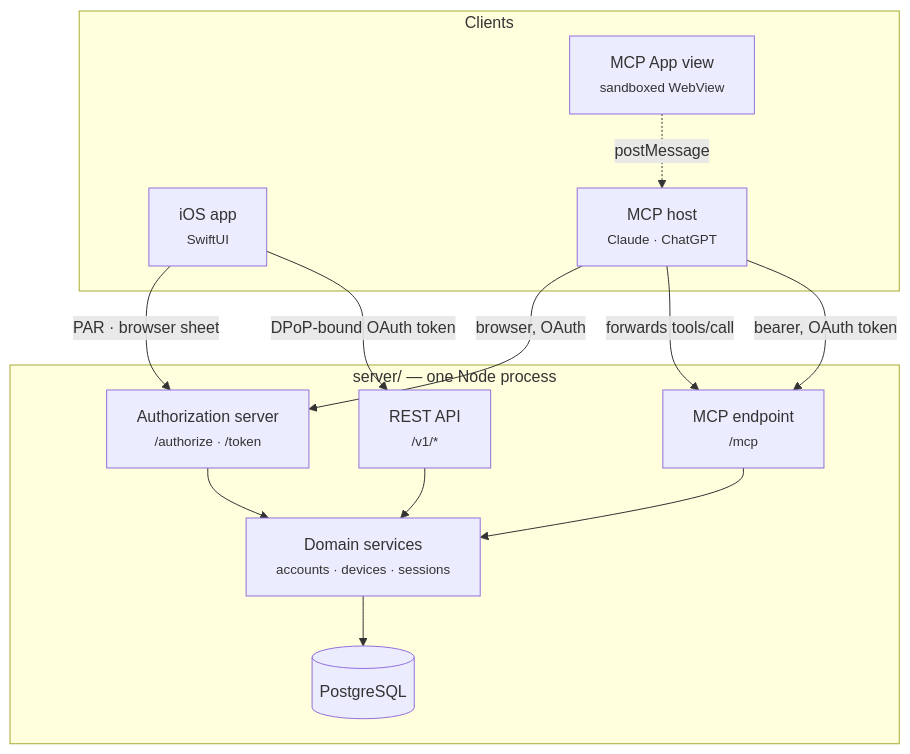
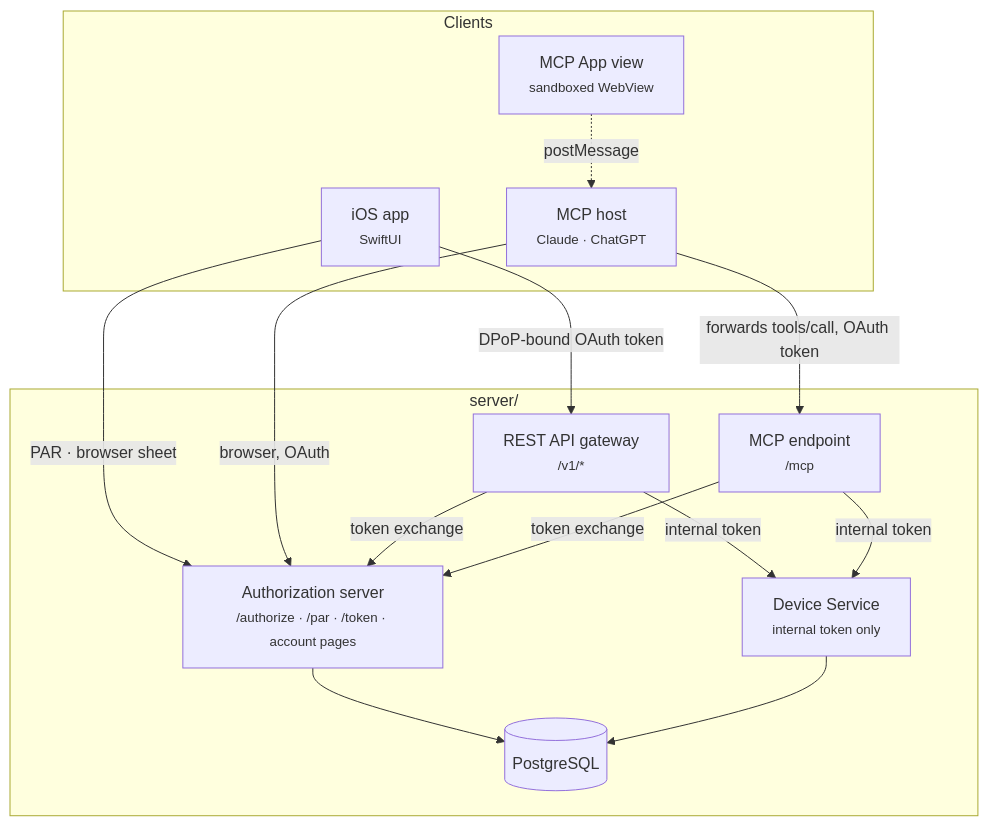
The first of 7 diagrams in docs/architecture.md (ksypinro/MCP-UI), drawn with Mermaid before and after one commit. The commit also changed other lines of this file and 182 other files, not shown here.

````diff
--- a/docs/architecture.md
+++ b/docs/architecture.md
@@ -15,28 +16,29 @@
 ```mermaid
 graph TB
     subgraph clients [Clients]
         ios["iOS app<br/><small>SwiftUI</small>"]
         host["MCP host<br/><small>Claude · ChatGPT</small>"]
         view["MCP App view<br/><small>sandboxed WebView</small>"]
     end
 
-    subgraph server [server/ — one Node process]
-        rest["REST API<br/><small>/v1/*</small>"]
+    subgraph server [server/]
+        oauth["Authorization server<br/><small>/authorize · /par · /token · account pages</small>"]
+        rest["REST API gateway<br/><small>/v1/*</small>"]
         mcp["MCP endpoint<br/><small>/mcp</small>"]
-        oauth["Authorization server<br/><small>/authorize · /token</small>"]
-        domain["Domain services<br/><small>accounts · devices · sessions</small>"]
+        ds["Device Service<br/><small>internal token only</small>"]
         db[("PostgreSQL")]
     end
 
-    ios -->|"DPoP-bound OAuth token"| rest
-    host -->|"bearer, OAuth token"| mcp
-    view -.->|"postMessage"| host
-    host -->|"forwards tools/call"| mcp
     ios -->|"PAR · browser sheet"| oauth
     host -->|"browser, OAuth"| oauth
+    ios -->|"DPoP-bound OAuth token"| rest
+    view -.->|"postMessage"| host
+    host -->|"forwards tools/call, OAuth token"| mcp
 
-    rest --> domain
-    mcp --> domain
-    oauth --> domain
-    domain --> db
+    rest -->|"token exchange"| oauth
+    mcp -->|"token exchange"| oauth
+    rest -->|"internal token"| ds
+    mcp -->|"internal token"| ds
+    oauth --> db
+    ds --> db
 ```
````
